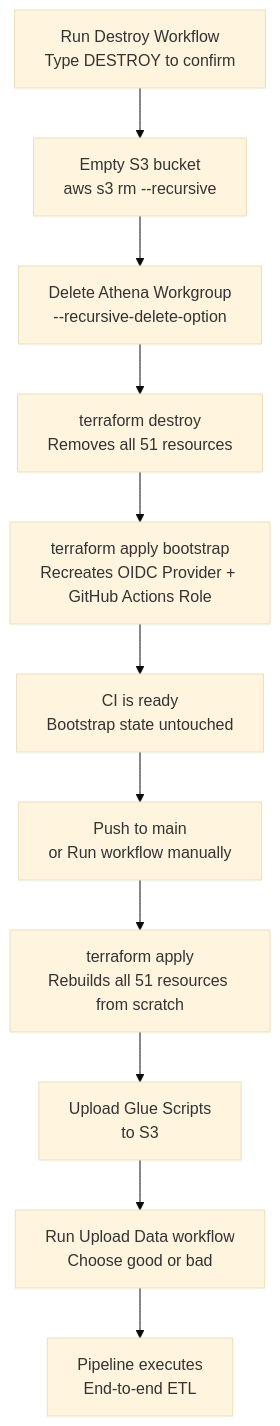
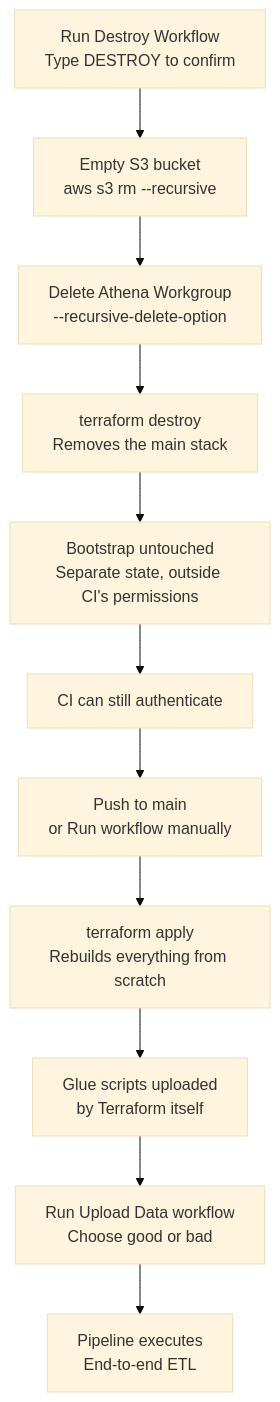
Before and after one commit to jill-break/Lakehouse-Architecture: the third of 5 diagrams in docs/architecture-diagram.md, drawn with Mermaid (base theme). The commit also changed other lines of this file and 3 other files, not shown here.

````diff
--- a/docs/architecture-diagram.md
+++ b/docs/architecture-diagram.md
@@ -161,17 +169,17 @@
 ```mermaid
 flowchart TD
     D1["Run Destroy Workflow\nType DESTROY to confirm"]
     D2["Empty S3 bucket\naws s3 rm --recursive"]
     D3["Delete Athena Workgroup\n--recursive-delete-option"]
-    D4["terraform destroy\nRemoves all 51 resources"]
-    D5["terraform apply bootstrap\nRecreates OIDC Provider + GitHub Actions Role"]
-    D6["CI is ready\nBootstrap state untouched"]
+    D4["terraform destroy\nRemoves the main stack"]
+    D5["Bootstrap untouched\nSeparate state, outside CI's permissions"]
+    D6["CI can still authenticate"]
     D7["Push to main\nor Run workflow manually"]
-    D8["terraform apply\nRebuilds all 51 resources from scratch"]
-    D9["Upload Glue Scripts\nto S3"]
+    D8["terraform apply\nRebuilds everything from scratch"]
+    D9["Glue scripts uploaded\nby Terraform itself"]
     D10["Run Upload Data workflow\nChoose good or bad"]
     D11["Pipeline executes\nEnd-to-end ETL"]
 
     D1 --> D2 --> D3 --> D4 --> D5 --> D6
     D6 --> D7 --> D8 --> D9 --> D10 --> D11
 ```
````
